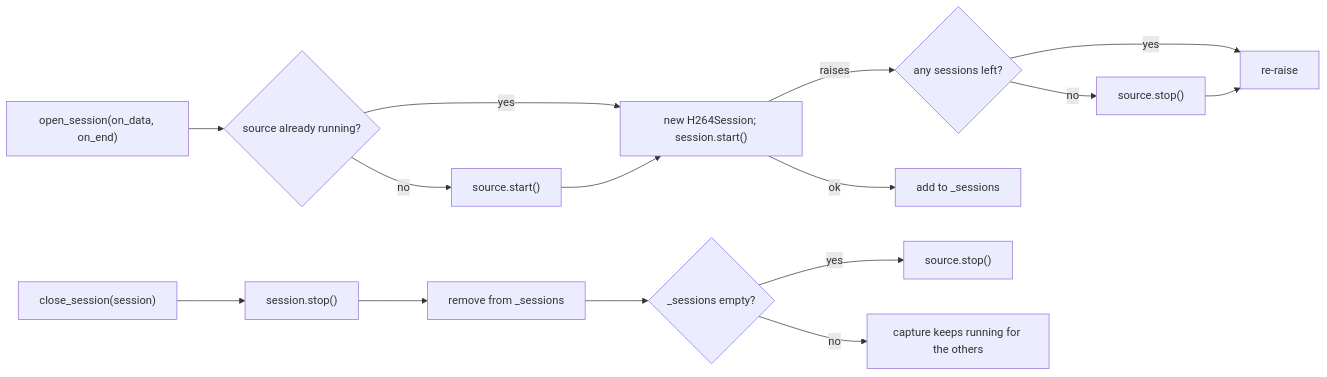
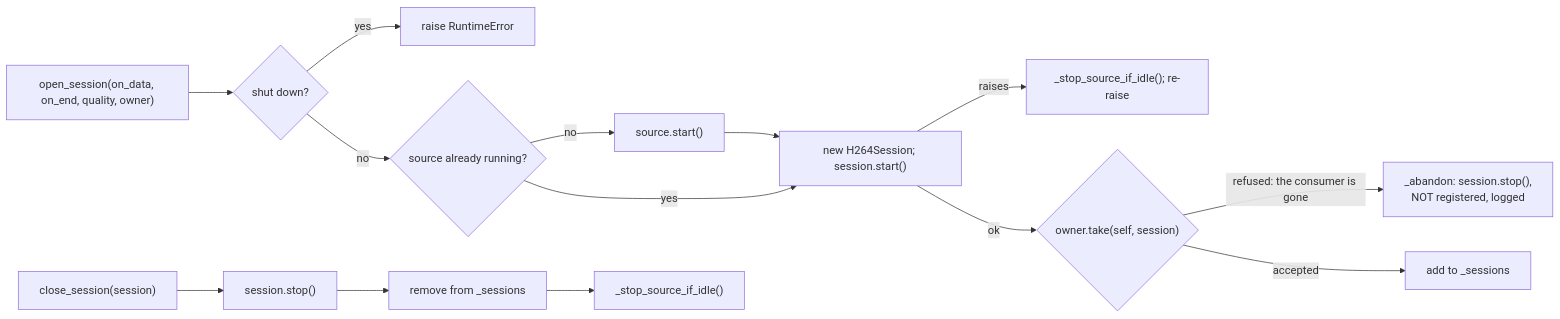
Before and after one commit to UVuruna/Remote-User: the second of 3 diagrams in server/__flow/h264_streamer.md, drawn with Mermaid. The commit also changed other lines of this file and 3 other files, not shown here.

````diff
--- a/server/__flow/h264_streamer.md
+++ b/server/__flow/h264_streamer.md
@@ -80,18 +80,18 @@
 ```mermaid
 flowchart LR
-    A["open_session(on_data, on_end)"] --> B{source already running?}
+    A["open_session(on_data, on_end, quality, owner)"] --> A2{shut down?}
+    A2 -- yes --> A3["raise RuntimeError"]
+    A2 -- no --> B{source already running?}
     B -- no --> C["source.start()"]
     B -- yes --> D
     C --> D["new H264Session; session.start()"]
-    D -- raises --> E{any sessions left?}
-    E -- no --> F["source.stop()"]
-    E -- yes --> G[re-raise]
-    F --> G
-    D -- ok --> H["add to _sessions"]
+    D -- raises --> E["_stop_source_if_idle(); re-raise"]
+    D -- ok --> O{"owner.take(self, session)"}
+    O -- refused: the consumer is gone --> P["_abandon: session.stop(),
+    NOT registered, logged"]
+    O -- accepted --> H["add to _sessions"]
 
     I["close_session(session)"] --> J["session.stop()"]
     J --> K["remove from _sessions"]
-    K --> L{_sessions empty?}
-    L -- yes --> M["source.stop()"]
-    L -- no --> N[capture keeps running for the others]
+    K --> L["_stop_source_if_idle()"]
 ```
````
